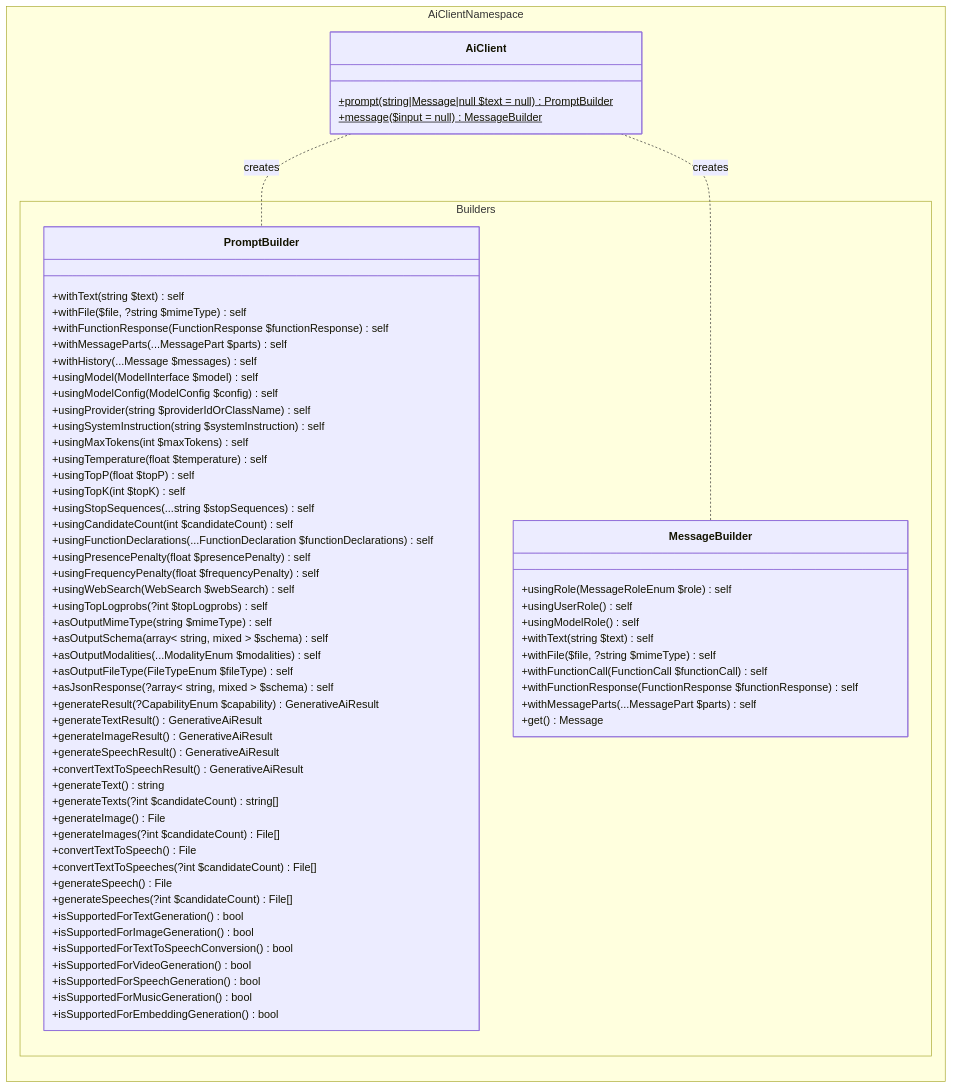
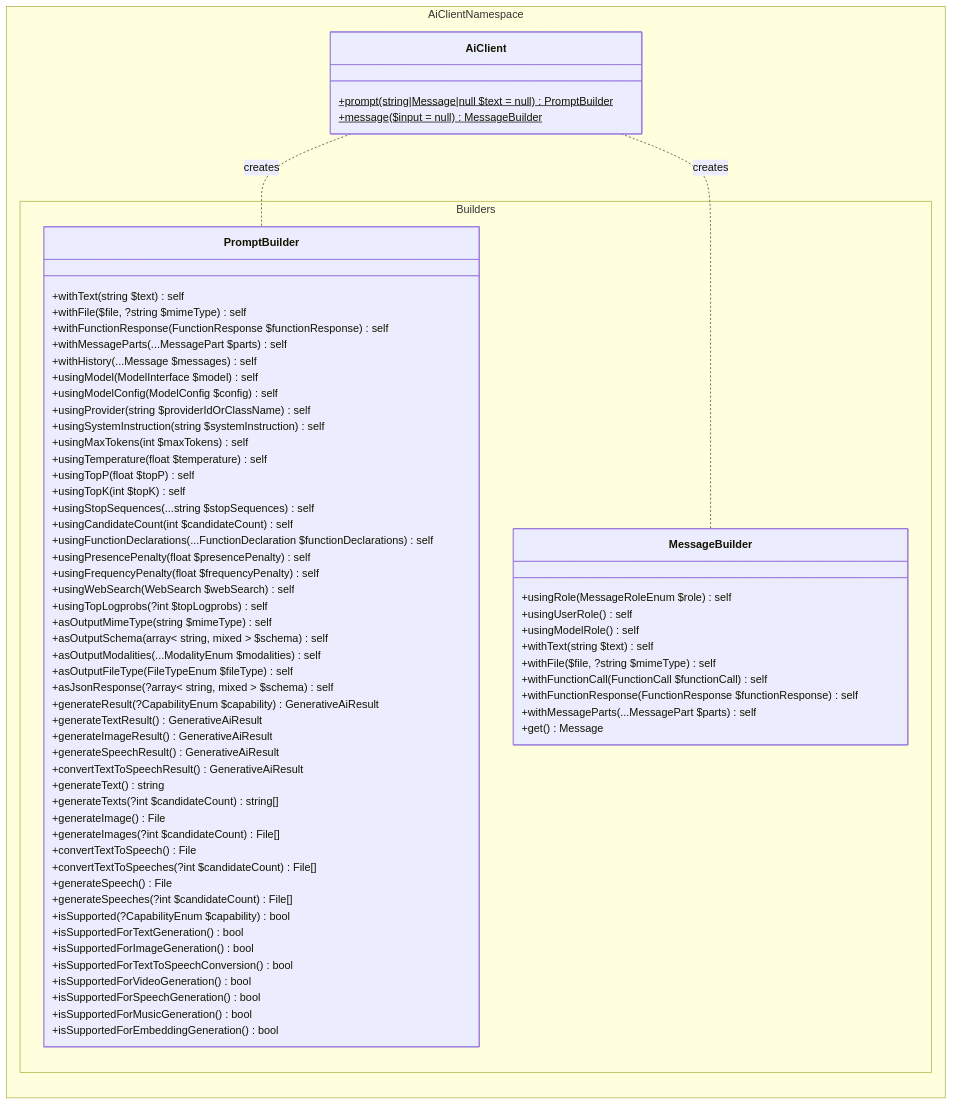
The first of 6 diagrams in docs/ARCHITECTURE.md (WordPress/php-ai-client), drawn with Mermaid before and after one commit. The commit also changed 1 other file, not shown here.

Commit message:
Make PromptBuilder::isSupported public.

````diff
--- a/docs/ARCHITECTURE.md
+++ b/docs/ARCHITECTURE.md
@@ -288,80 +288,81 @@
 ```mermaid
 ---
 config:
   class:
     hideEmptyMembersBox: true
 ---
 classDiagram
 direction LR
     namespace AiClientNamespace {
         class AiClient {
             +prompt(string|Message|null $text = null) PromptBuilder$
             +message($input = null) MessageBuilder$
         }
     }
 
     namespace AiClientNamespace.Builders {
         class PromptBuilder {
             +withText(string $text) self
             +withFile($file, ?string $mimeType) self
             +withFunctionResponse(FunctionResponse $functionResponse) self
             +withMessageParts(...MessagePart $parts) self
             +withHistory(...Message $messages) self
             +usingModel(ModelInterface $model) self
             +usingModelConfig(ModelConfig $config) self
             +usingProvider(string $providerIdOrClassName) self
             +usingSystemInstruction(string $systemInstruction) self
             +usingMaxTokens(int $maxTokens) self
             +usingTemperature(float $temperature) self
             +usingTopP(float $topP) self
             +usingTopK(int $topK) self
             +usingStopSequences(...string $stopSequences) self
             +usingCandidateCount(int $candidateCount) self
             +usingFunctionDeclarations(...FunctionDeclaration $functionDeclarations) self
             +usingPresencePenalty(float $presencePenalty) self
             +usingFrequencyPenalty(float $frequencyPenalty) self
             +usingWebSearch(WebSearch $webSearch) self
             +usingTopLogprobs(?int $topLogprobs) self
             +asOutputMimeType(string $mimeType) self
             +asOutputSchema(array< string, mixed > $schema) self
             +asOutputModalities(...ModalityEnum $modalities) self
             +asOutputFileType(FileTypeEnum $fileType) self
             +asJsonResponse(?array< string, mixed > $schema) self
             +generateResult(?CapabilityEnum $capability) GenerativeAiResult
             +generateTextResult() GenerativeAiResult
             +generateImageResult() GenerativeAiResult
             +generateSpeechResult() GenerativeAiResult
             +convertTextToSpeechResult() GenerativeAiResult
             +generateText() string
             +generateTexts(?int $candidateCount) string[]
             +generateImage() File
             +generateImages(?int $candidateCount) File[]
             +convertTextToSpeech() File
             +convertTextToSpeeches(?int $candidateCount) File[]
             +generateSpeech() File
             +generateSpeeches(?int $candidateCount) File[]
+            +isSupported(?CapabilityEnum $capability) bool
             +isSupportedForTextGeneration() bool
             +isSupportedForImageGeneration() bool
             +isSupportedForTextToSpeechConversion() bool
             +isSupportedForVideoGeneration() bool
             +isSupportedForSpeechGeneration() bool
             +isSupportedForMusicGeneration() bool
             +isSupportedForEmbeddingGeneration() bool
         }
 
         class MessageBuilder {
             +usingRole(MessageRoleEnum $role) self
             +usingUserRole() self
             +usingModelRole() self
             +withText(string $text) self
             +withFile($file, ?string $mimeType) self
             +withFunctionCall(FunctionCall $functionCall) self
             +withFunctionResponse(FunctionResponse $functionResponse) self
             +withMessageParts(...MessagePart $parts) self
             +get() Message
         }
     }
 
     AiClient .. PromptBuilder : creates
     AiClient .. MessageBuilder : creates
 ```
````
